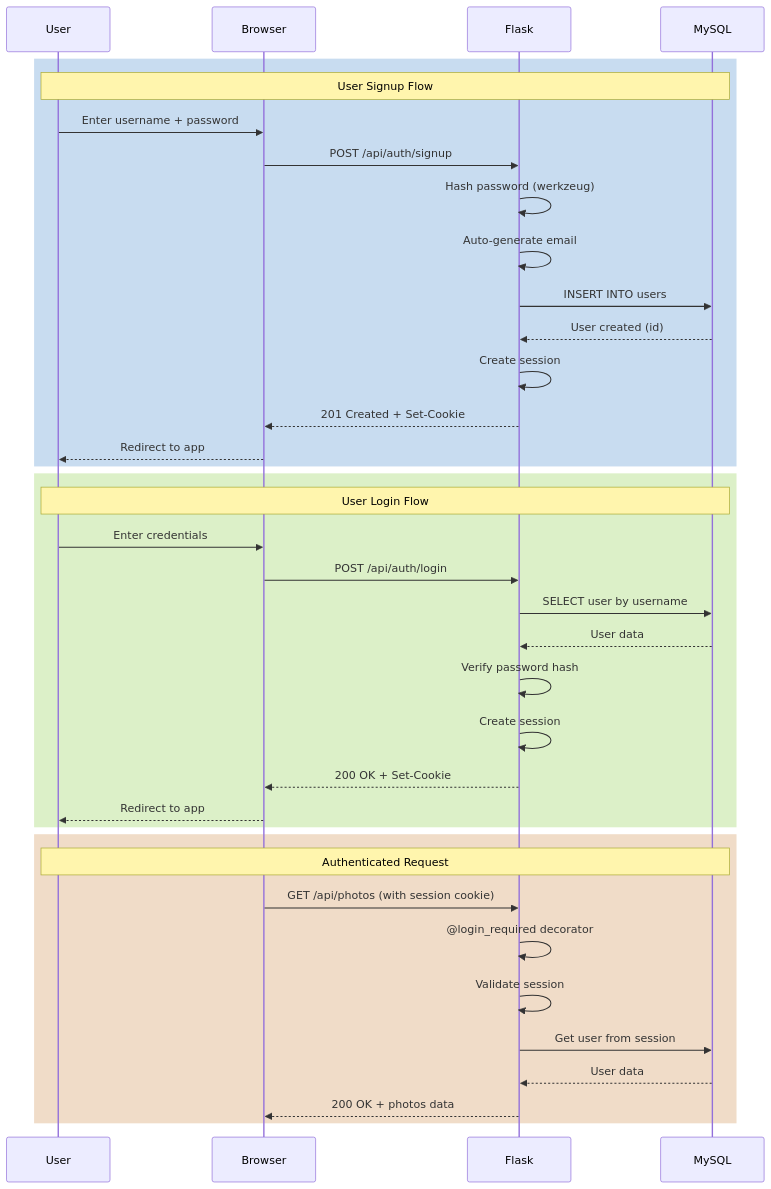
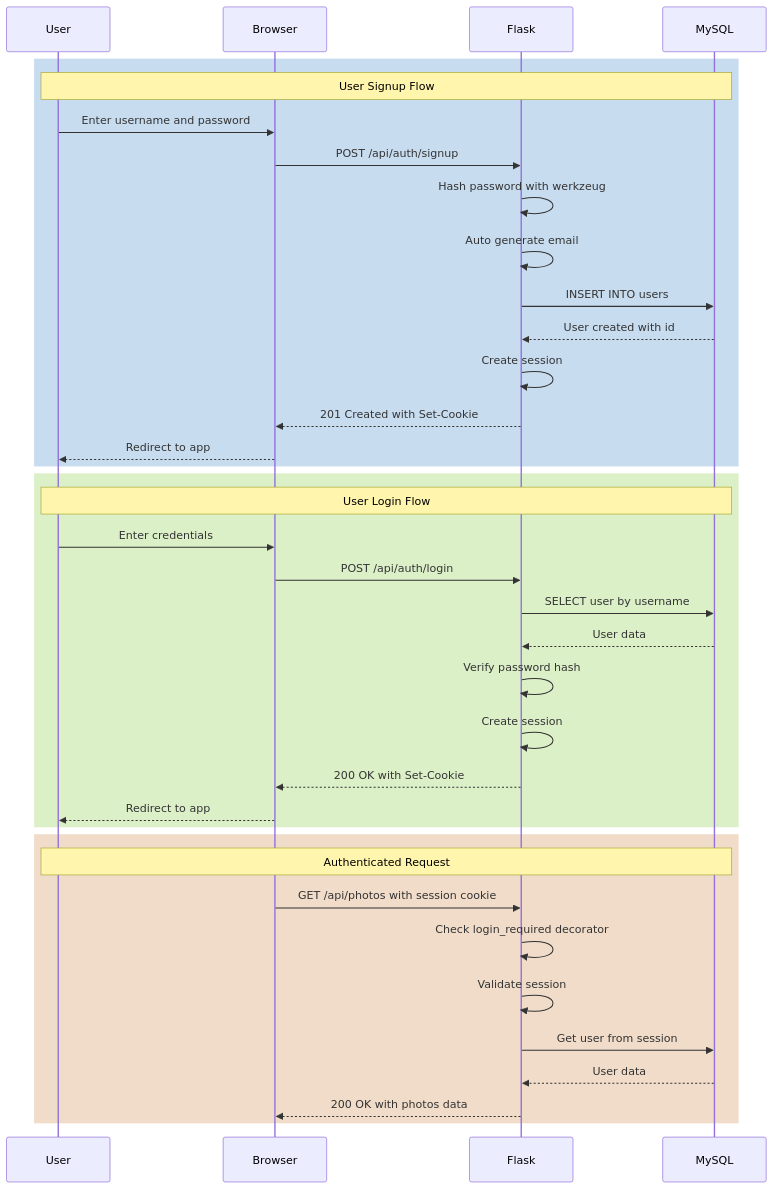
The sixth of 12 diagrams in ARCHITECTURE_DIAGRAMS.md (premalshah999/Cloud607_Final_Project), drawn with Mermaid before and after one commit. The commit also changed other lines of this file, not shown here.

Commit message:
Fix diagrams 4-11: remove leftover code fragments, br tags, and special characters

````diff
--- a/ARCHITECTURE_DIAGRAMS.md
+++ b/ARCHITECTURE_DIAGRAMS.md
@@ -289,42 +282,42 @@
 ```mermaid
 sequenceDiagram
     participant User
     participant Browser
     participant Flask
     participant MySQL
     
     rect rgb(200, 220, 240)
         Note over User,MySQL: User Signup Flow
-        User->>Browser: Enter username + password
+        User->>Browser: Enter username and password
         Browser->>Flask: POST /api/auth/signup
-        Flask->>Flask: Hash password (werkzeug)
-        Flask->>Flask: Auto-generate email
+        Flask->>Flask: Hash password with werkzeug
+        Flask->>Flask: Auto generate email
         Flask->>MySQL: INSERT INTO users
-        MySQL-->>Flask: User created (id)
+        MySQL-->>Flask: User created with id
         Flask->>Flask: Create session
-        Flask-->>Browser: 201 Created + Set-Cookie
+        Flask-->>Browser: 201 Created with Set-Cookie
         Browser-->>User: Redirect to app
     end
     
     rect rgb(220, 240, 200)
         Note over User,MySQL: User Login Flow
         User->>Browser: Enter credentials
         Browser->>Flask: POST /api/auth/login
         Flask->>MySQL: SELECT user by username
         MySQL-->>Flask: User data
         Flask->>Flask: Verify password hash
         Flask->>Flask: Create session
-        Flask-->>Browser: 200 OK + Set-Cookie
+        Flask-->>Browser: 200 OK with Set-Cookie
         Browser-->>User: Redirect to app
     end
     
     rect rgb(240, 220, 200)
         Note over User,MySQL: Authenticated Request
-        Browser->>Flask: GET /api/photos (with session cookie)
-        Flask->>Flask: @login_required decorator
+        Browser->>Flask: GET /api/photos with session cookie
+        Flask->>Flask: Check login_required decorator
         Flask->>Flask: Validate session
         Flask->>MySQL: Get user from session
         MySQL-->>Flask: User data
-        Flask-->>Browser: 200 OK + photos data
+        Flask-->>Browser: 200 OK with photos data
     end
 ```
````
